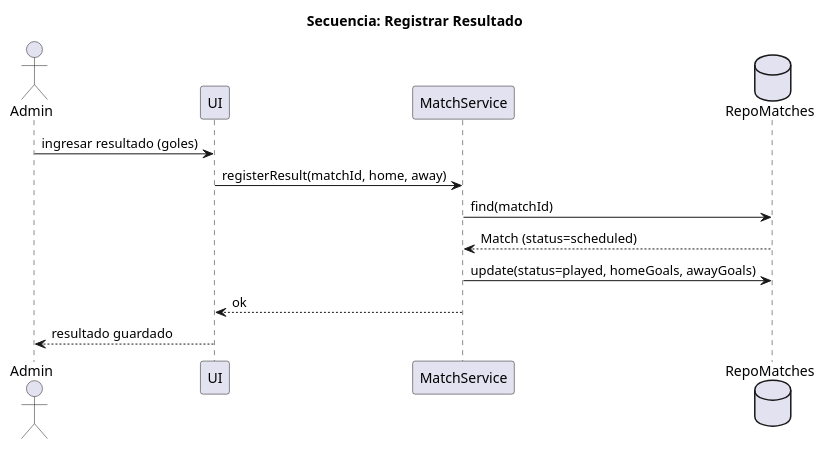
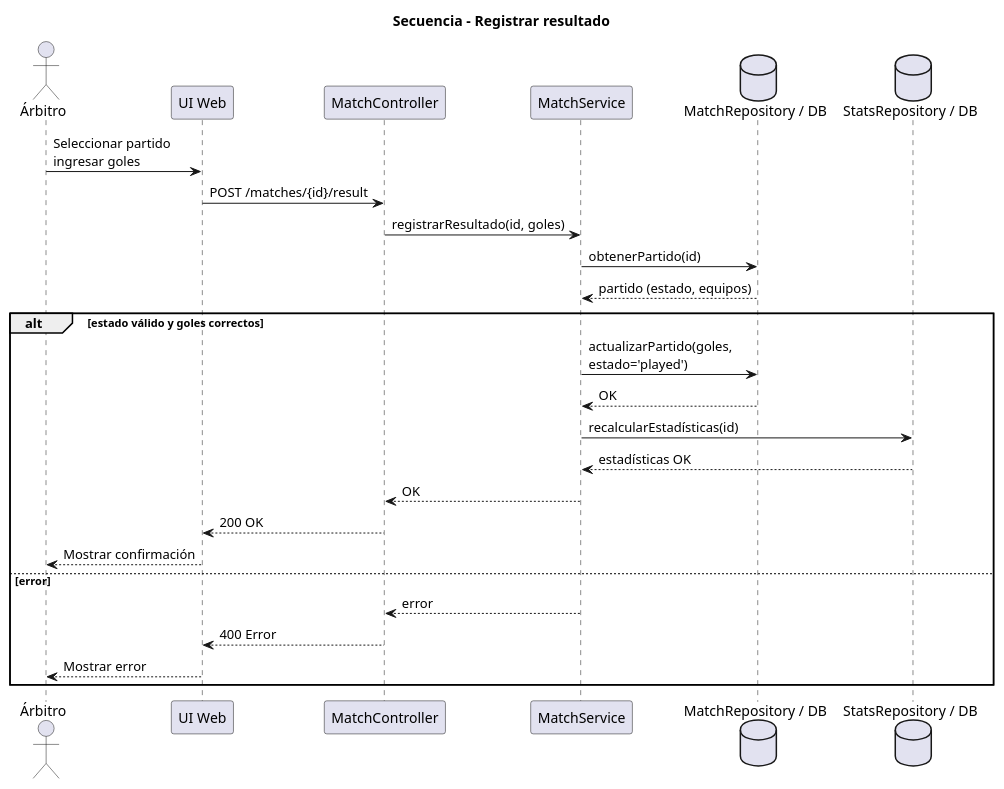
Before and after one commit to Cfabiola25/siget: the diagram in modeling-and-docs/uml/src/sequence_registrar_resultado.puml, drawn with PlantUML. The commit also changed 30 other files, not shown here.

First line of the commit message:
Refactor SIGET documentation and UML diagrams

```diff
--- a/modeling-and-docs/uml/src/sequence_registrar_resultado.puml
+++ b/modeling-and-docs/uml/src/sequence_registrar_resultado.puml
@@ -1,15 +1,34 @@
 @startuml
-title Secuencia: Registrar Resultado
-actor Admin
-participant UI
-participant "MatchService" as S
-database "RepoMatches" as RM
+title Secuencia – Registrar resultado
 
-Admin -> UI: ingresar resultado (goles)
-UI -> S: registerResult(matchId, home, away)
-S -> RM: find(matchId)
-RM --> S: Match (status=scheduled)
-S -> RM: update(status=played, homeGoals, awayGoals)
-S --> UI: ok
-UI --> Admin: resultado guardado
+actor Árbitro
+participant "UI Web" as UI
+participant "MatchController" as Ctrl
+participant "MatchService" as Service
+database "MatchRepository / DB" as Repo
+database "StatsRepository / DB" as Stats
+
+Árbitro -> UI: Seleccionar partido\ningresar goles
+UI -> Ctrl: POST /matches/{id}/result
+Ctrl -> Service: registrarResultado(id, goles)
+
+Service -> Repo: obtenerPartido(id)
+Repo --> Service: partido (estado, equipos)
+
+alt estado válido y goles correctos
+  Service -> Repo: actualizarPartido(goles,\nestado='played')
+  Repo --> Service: OK
+
+  Service -> Stats: recalcularEstadísticas(id)
+  Stats --> Service: estadísticas OK
+
+  Service --> Ctrl: OK
+  Ctrl --> UI: 200 OK
+  UI --> Árbitro: Mostrar confirmación
+else error
+  Service --> Ctrl: error
+  Ctrl --> UI: 400 Error
+  UI --> Árbitro: Mostrar error
+end
+
 @enduml
```
